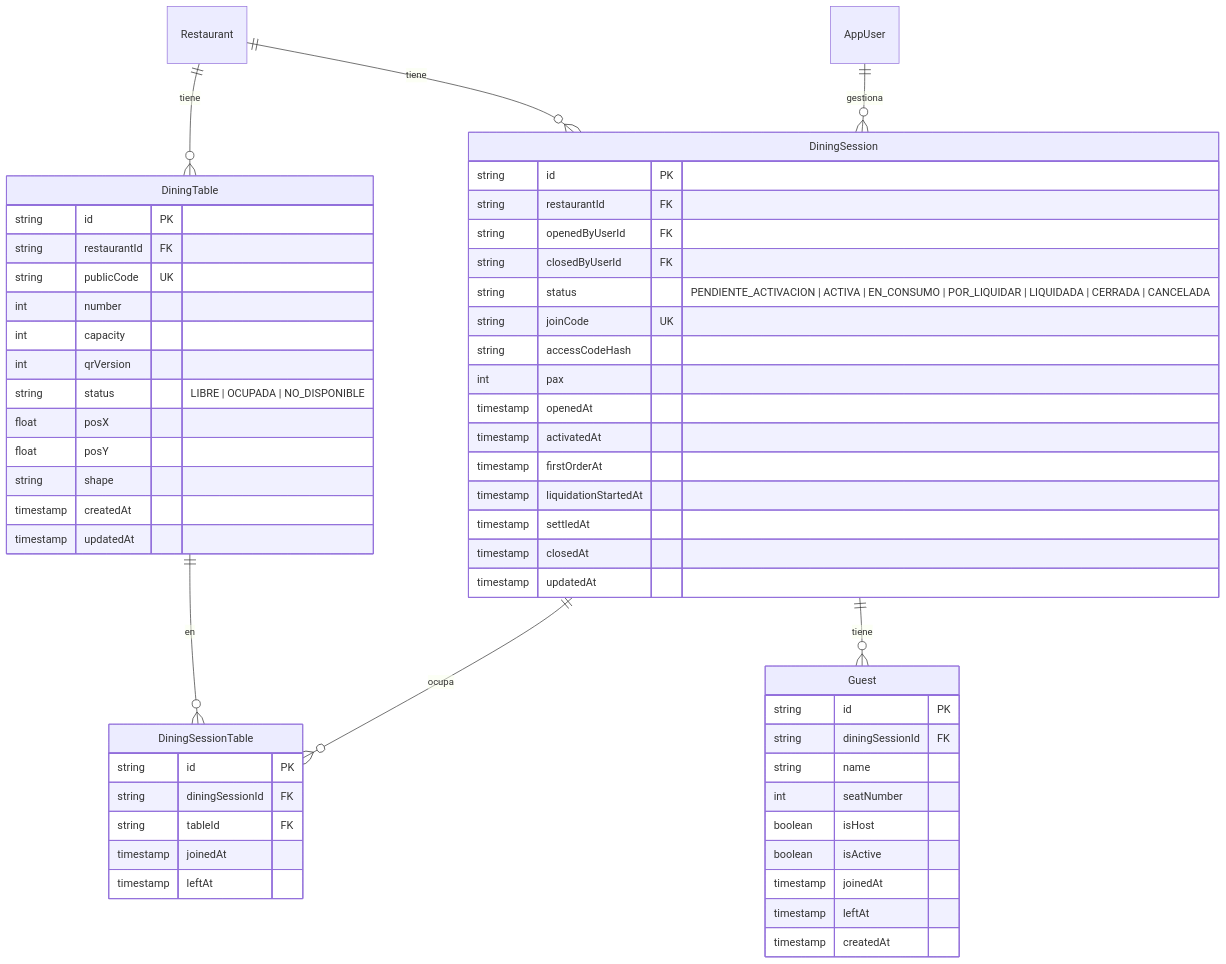
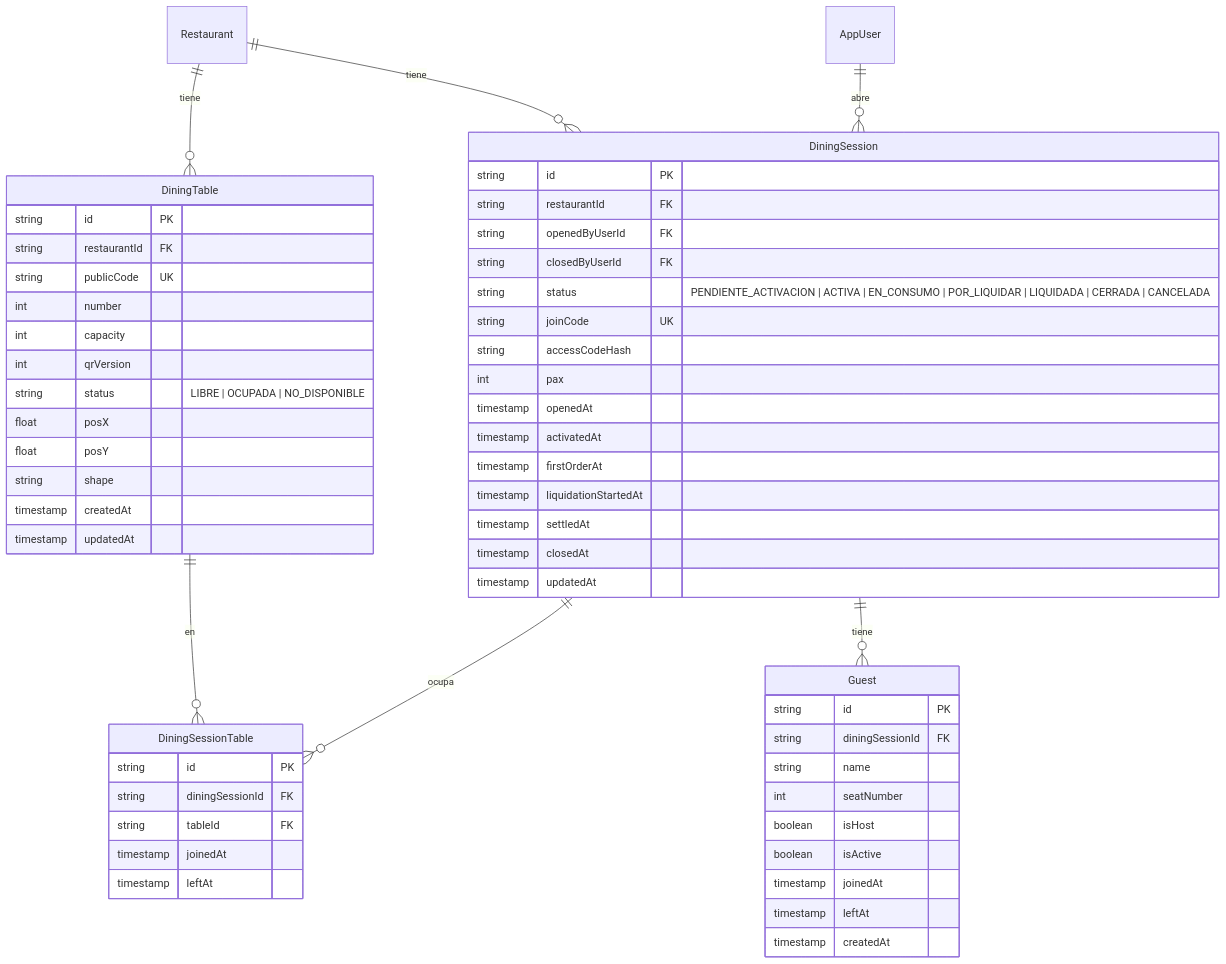
The diagram in docs/_assets/erd/dominio-06-mesa.mmd (dvillagrans/Bouquet), drawn with Mermaid before and after one commit. The commit also changed 20 other files, not shown here.

Commit message:
feat: implement centralized authentication with AppUser, RBAC, and audit logging to replace legacy staff/admin schemas

```diff
--- a/docs/_assets/erd/dominio-06-mesa.mmd
+++ b/docs/_assets/erd/dominio-06-mesa.mmd
@@ -1,61 +1,61 @@
 erDiagram
 
     DiningTable {
         string id PK
         string restaurantId FK
         string publicCode UK
         int number
         int capacity
         int qrVersion
         string status "LIBRE | OCUPADA | NO_DISPONIBLE"
         float posX
         float posY
         string shape
         timestamp createdAt
         timestamp updatedAt
     }
 
     DiningSession {
         string id PK
         string restaurantId FK
         string openedByUserId FK
         string closedByUserId FK
         string status "PENDIENTE_ACTIVACION | ACTIVA | EN_CONSUMO | POR_LIQUIDAR | LIQUIDADA | CERRADA | CANCELADA"
         string joinCode UK
         string accessCodeHash
         int pax
         timestamp openedAt
         timestamp activatedAt
         timestamp firstOrderAt
         timestamp liquidationStartedAt
         timestamp settledAt
         timestamp closedAt
         timestamp updatedAt
     }
 
     DiningSessionTable {
         string id PK
         string diningSessionId FK
         string tableId FK
         timestamp joinedAt
         timestamp leftAt
     }
 
     Guest {
         string id PK
         string diningSessionId FK
         string name
         int seatNumber
         boolean isHost
         boolean isActive
         timestamp joinedAt
         timestamp leftAt
         timestamp createdAt
     }
 
     Restaurant ||--o{ DiningTable : "tiene"
     Restaurant ||--o{ DiningSession : "tiene"
     DiningTable ||--o{ DiningSessionTable : "en"
     DiningSession ||--o{ DiningSessionTable : "ocupa"
     DiningSession ||--o{ Guest : "tiene"
-    AppUser ||--o{ DiningSession : "gestiona"
+    AppUser ||--o{ DiningSession : "abre"
```
